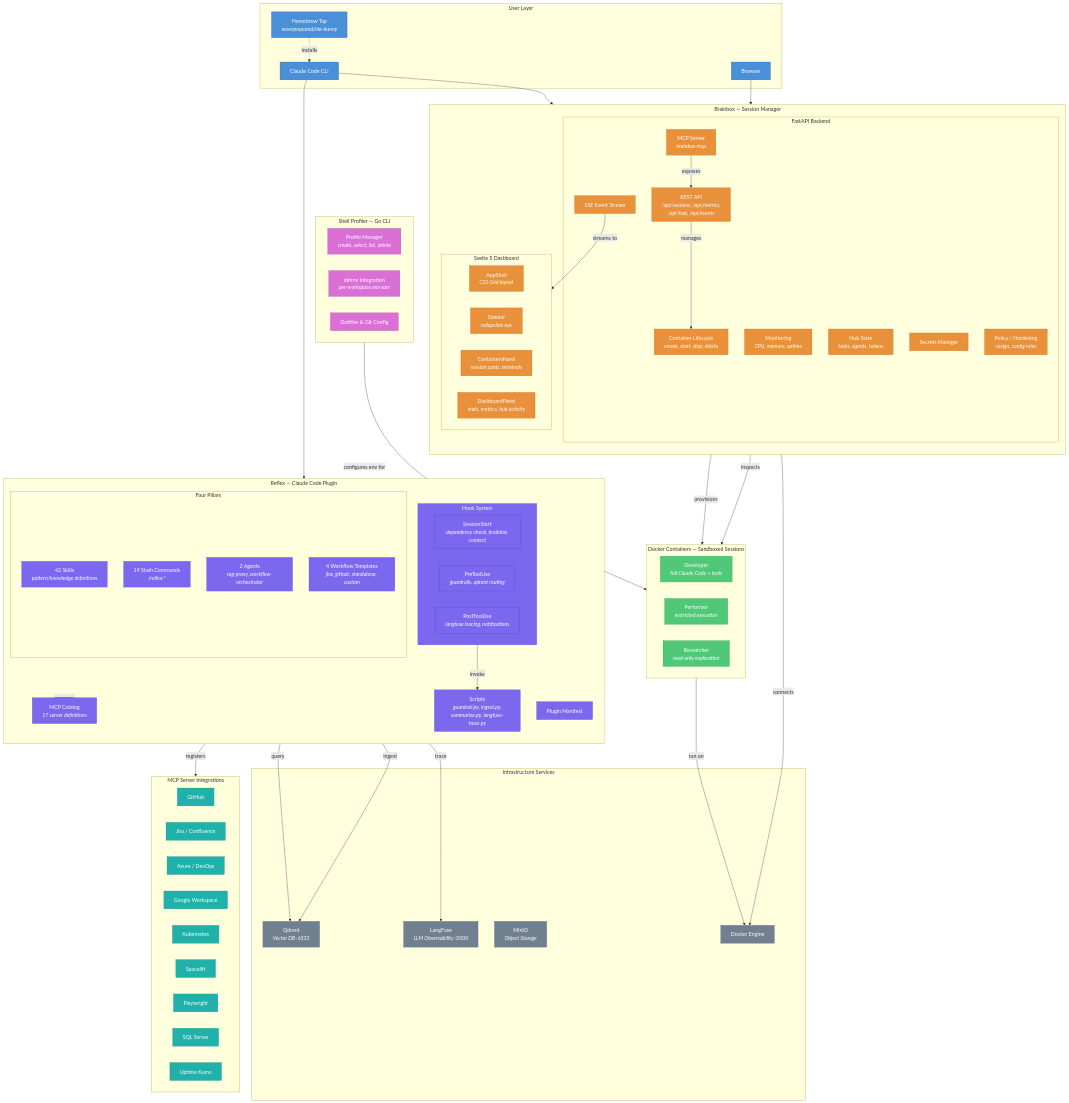
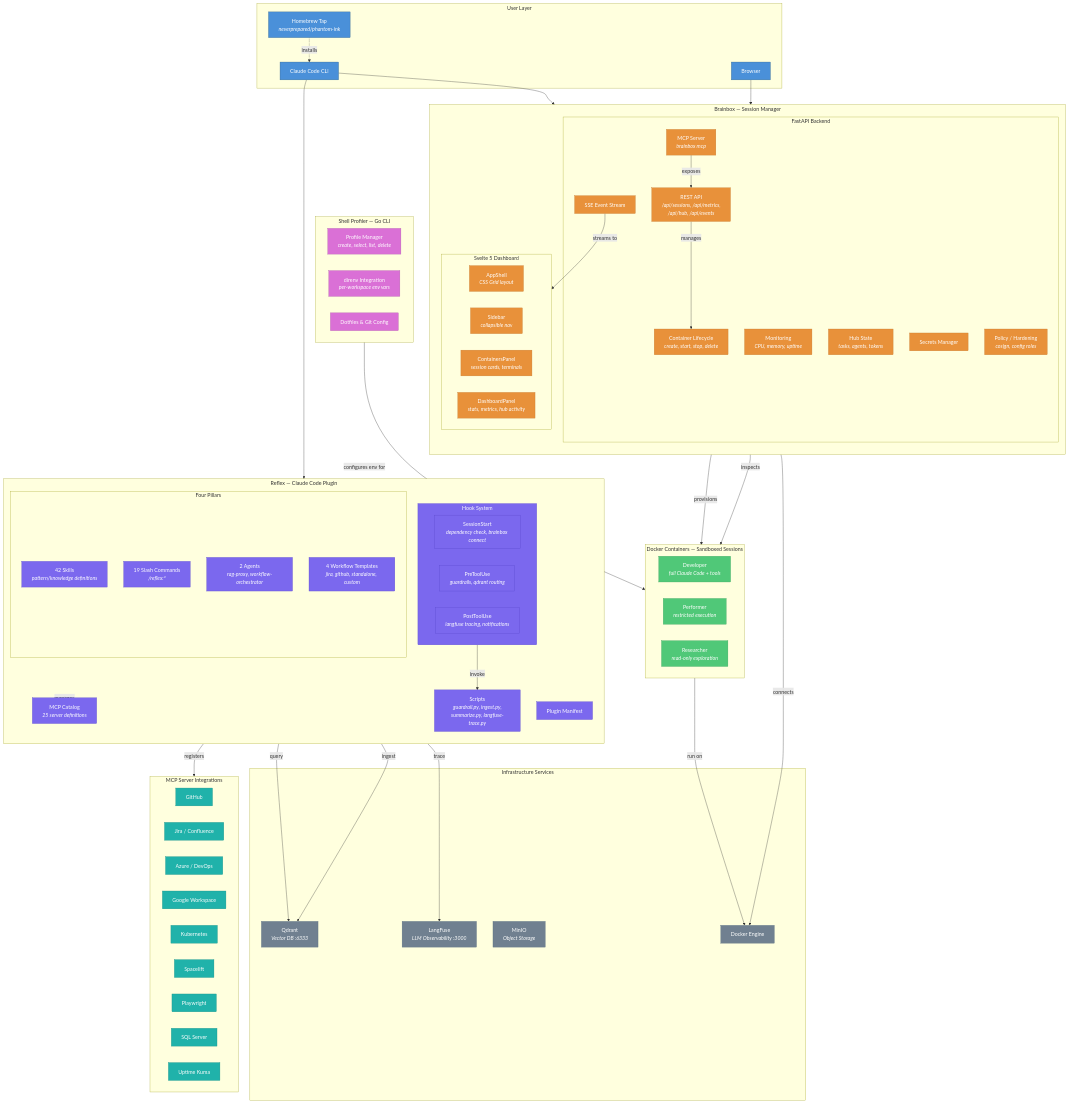
The first of 2 diagrams in docs/architecture-overview.md (neverprepared/phantom-ink), drawn with Mermaid before and after one commit. The commit also changed other lines of this file and 12 other files, not shown here.

```diff
--- a/docs/architecture-overview.md
+++ b/docs/architecture-overview.md
@@ -7,7 +7,7 @@
     subgraph User["User Layer"]
         CLI["Claude Code CLI"]
         Browser["Browser"]
-        Homebrew["Homebrew Tap<br/><i>neverprepared/ink-bunny</i>"]
+        Homebrew["Homebrew Tap<br/><i>neverprepared/phantom-ink</i>"]
     end
 
     subgraph Reflex["Reflex — Claude Code Plugin"]
@@ -27,7 +27,7 @@
             PostToolUse["PostToolUse<br/><i>langfuse tracing, notifications</i>"]
         end
 
-        MCPCatalog["MCP Catalog<br/><i>17 server definitions</i>"]
+        MCPCatalog["MCP Catalog<br/><i>25 server definitions</i>"]
         Scripts["Scripts<br/><i>guardrail.py, ingest.py,<br/>summarize.py, langfuse-trace.py</i>"]
     end
 
```
